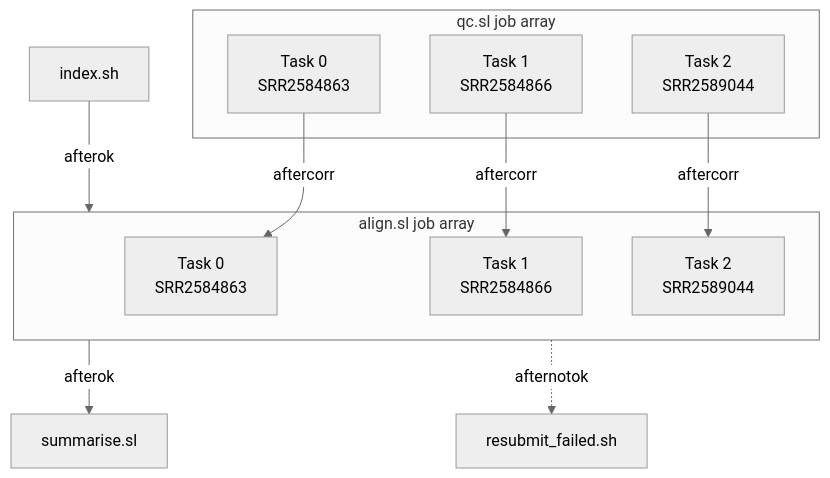
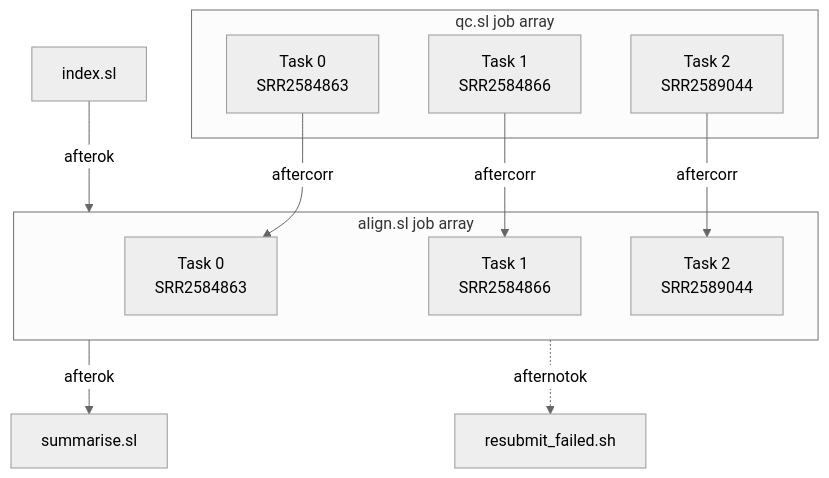
The diagram in docs/Tutorials/Job_Scripting/Job_Arrays.md (nesi/support-docs), drawn with Mermaid (neutral theme) before and after one commit. The commit also changed other lines of this file and 13 other files, not shown here.

````diff
--- a/docs/Tutorials/Job_Scripting/Job_Arrays.md
+++ b/docs/Tutorials/Job_Scripting/Job_Arrays.md
@@ -139,20 +139,20 @@
 ```mermaid
 flowchart TB
     subgraph qc["qc.sl job array"]
         qc1["Task 0<br>SRR2584863"]
         qc2["Task 1<br>SRR2584866"]
         qc3["Task 2<br>SRR2589044"]
     end
-    index["index.sh"]
+    index["index.sl"]
     subgraph align["align.sl job array"]
         align1["Task 0<br>SRR2584863"]
         align2["Task 1<br>SRR2584866"]
         align3["Task 2<br>SRR2589044"]
     end
     qc1 -- aftercorr --> align1
     qc2 -- aftercorr --> align2
     qc3 -- aftercorr --> align3
     index -- afterok --> align
     align -- afterok --> summarise["summarise.sl"]
     align -. afternotok .-> resubmit["resubmit_failed.sh"]
 ```
````
